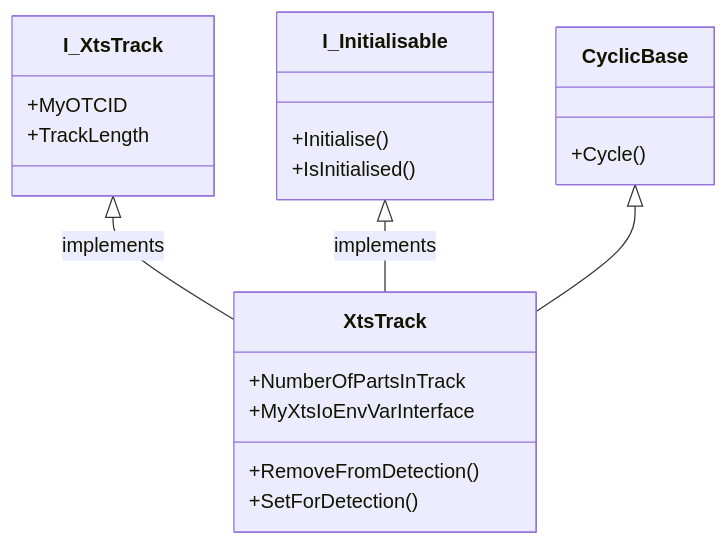
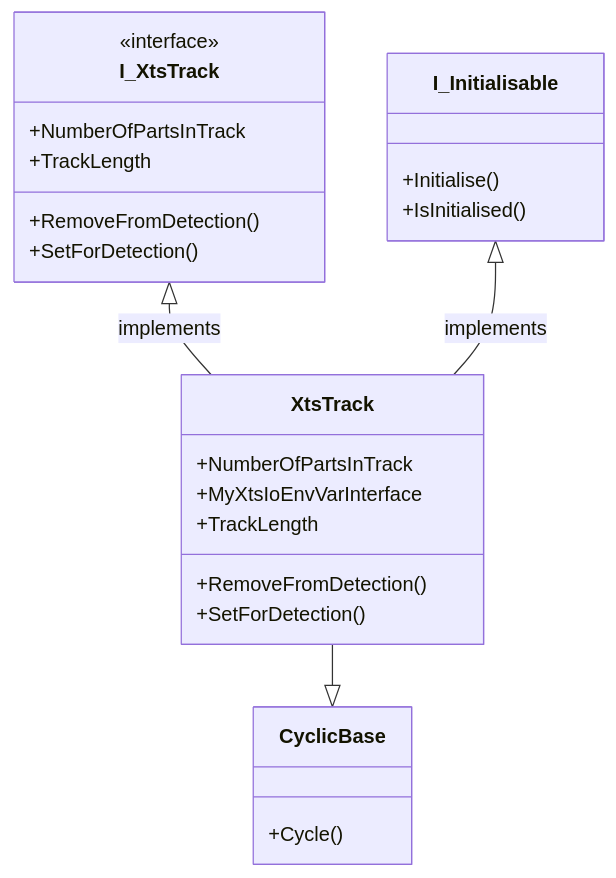
The diagram in docs/docs/Hardware/Track Class.md (chris-k84/Xts_Library), drawn with Mermaid before and after one commit. The commit also changed 2 other files, not shown here.

Commit message:
added the new interfaces to the docus for xtsmotormodule, part and track class

````diff
--- a/docs/docs/Hardware/Track Class.md
+++ b/docs/docs/Hardware/Track Class.md
@@ -5,28 +5,32 @@
 ```mermaid
 
 classDiagram
+    class I_XtsTrack{
+        <<interface>>
+        +RemoveFromDetection()
+        +SetForDetection()
+        +NumberOfPartsInTrack
+        +TrackLength
+    }
+
     class XtsTrack{
         +RemoveFromDetection()
         +SetForDetection()
         +NumberOfPartsInTrack
         +MyXtsIoEnvVarInterface
-    }
-
-    class I_XtsTrack{
-       +MyOTCID
-       +TrackLength
+        +TrackLength
     }
 
     class CyclicBase{
         +Cycle()
     }
 
     class I_Initialisable{
         +Initialise()
         +IsInitialised()
     }
 
     I_XtsTrack <|-- XtsTrack : implements
     I_Initialisable <|-- XtsTrack : implements
-    CyclicBase <|-- XtsTrack
+    XtsTrack --|> CyclicBase
 ```
````
